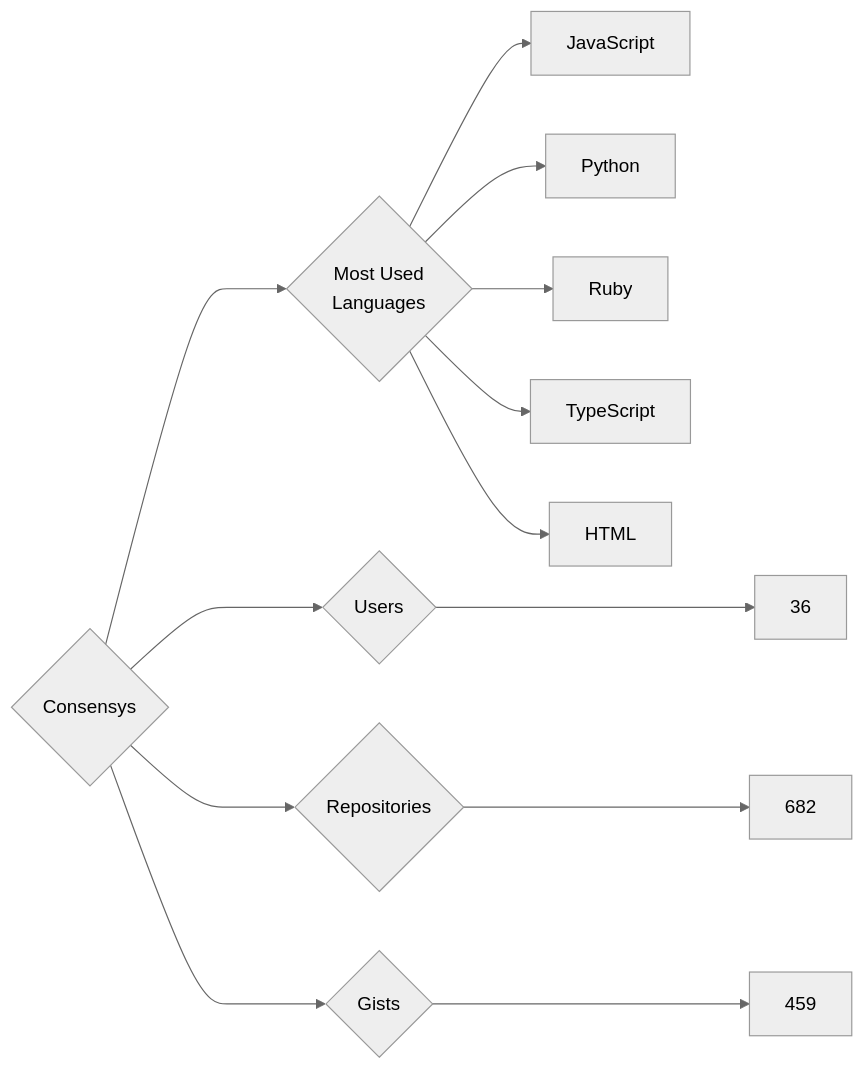
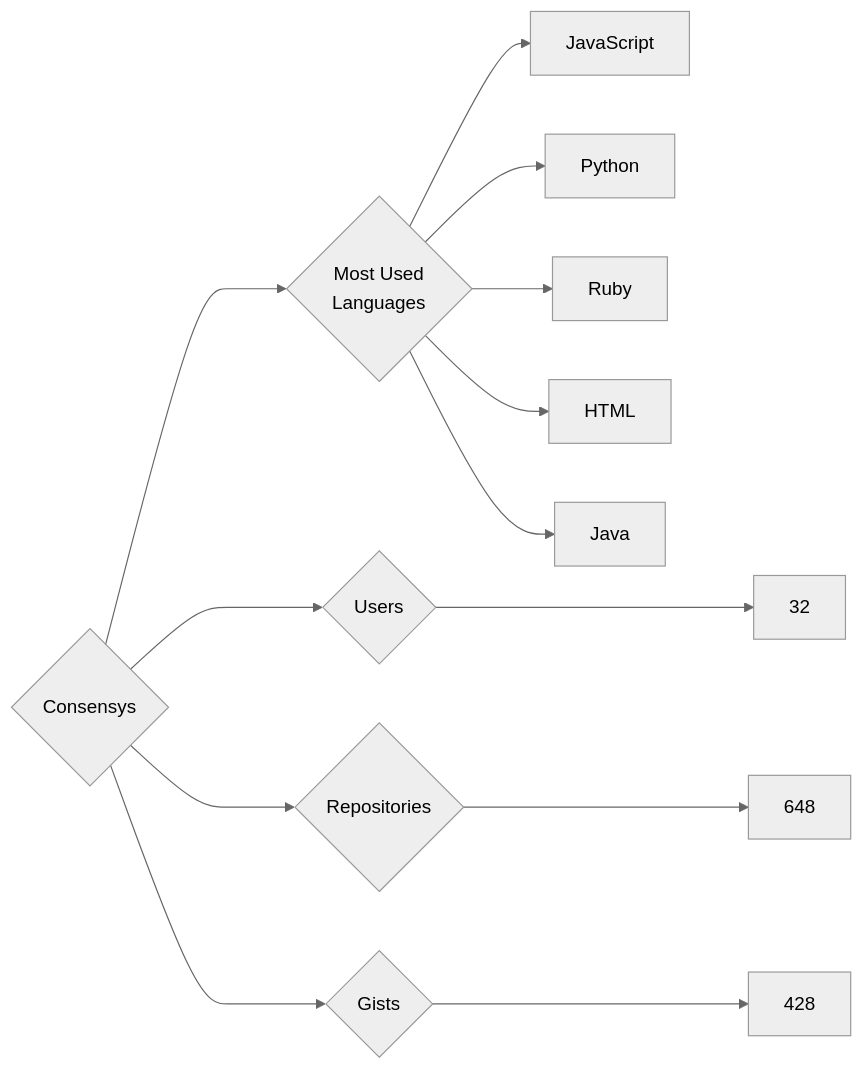
The diagram in targets/Consensys/README.md (trickest/insiders), drawn with Mermaid (neutral theme) before and after one commit. The commit also changed 900 other files, not shown here.

````diff
--- a/targets/Consensys/README.md
+++ b/targets/Consensys/README.md
@@ -3,13 +3,13 @@
 ```mermaid
 graph LR
 COMPANY_NAME{Consensys}
-COMPANY_NAME ---> U{Users} ---> UN[36]
-COMPANY_NAME ---> R{Repositories} ---> RN[682]
-COMPANY_NAME ---> G{Gists} ---> GN[459]
+COMPANY_NAME ---> U{Users} ---> UN[32]
+COMPANY_NAME ---> R{Repositories} ---> RN[648]
+COMPANY_NAME ---> G{Gists} ---> GN[428]
 COMPANY_NAME ---> ML{Most Used<br>Languages}
 ML --> JavaScript[JavaScript]
 ML --> Python[Python]
 ML --> Ruby[Ruby]
-ML --> TypeScript[TypeScript]
 ML --> HTML[HTML]
+ML --> Java[Java]
 ```
````
